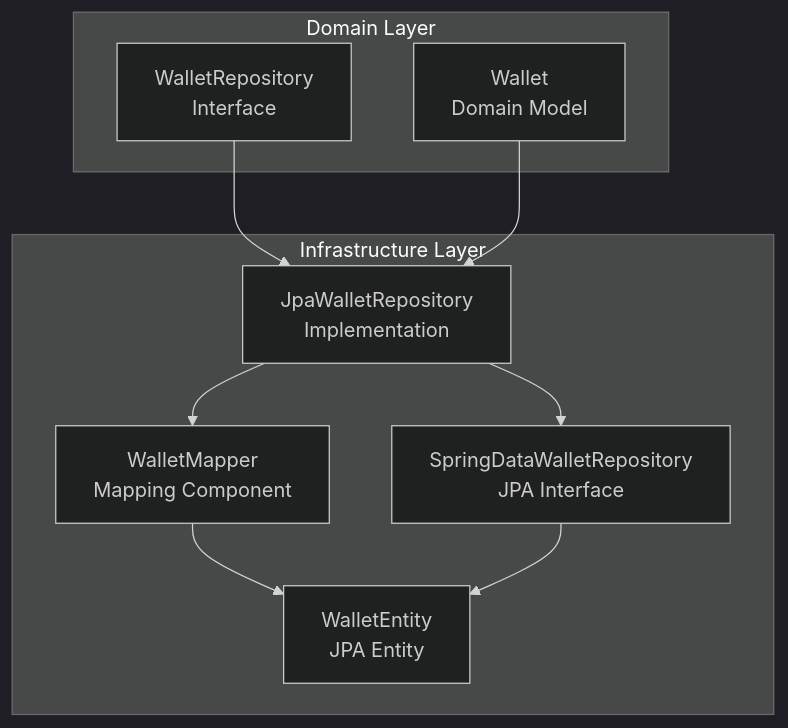
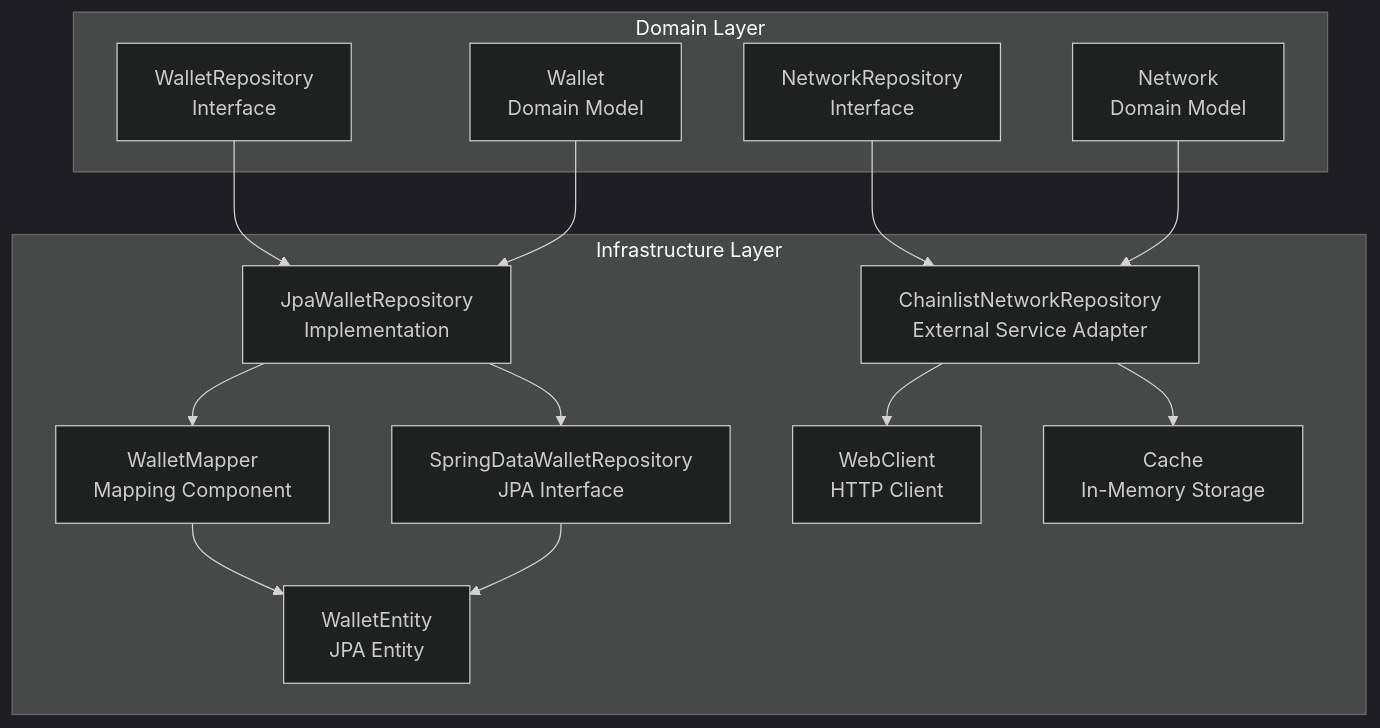
The first of 11 diagrams in .qoder/repowiki/en/content/Persistence Layer/Repository Pattern Implementation.md (italoag/wallet), drawn with Mermaid (dark theme) before and after one commit. The commit also changed other lines of this file and 10 other files, not shown here.

````diff
--- a/.qoder/repowiki/en/content/Persistence Layer/Repository Pattern Implementation.md
+++ b/.qoder/repowiki/en/content/Persistence Layer/Repository Pattern Implementation.md
@@ -43,19 +45,28 @@
 ```mermaid
 graph TB
 subgraph "Domain Layer"
 A[WalletRepository<br/>Interface]
 B[Wallet<br/>Domain Model]
+C[NetworkRepository<br/>Interface]
+D[Network<br/>Domain Model]
 end
 subgraph "Infrastructure Layer"
-C[JpaWalletRepository<br/>Implementation]
-D[SpringDataWalletRepository<br/>JPA Interface]
-E[WalletMapper<br/>Mapping Component]
-F[WalletEntity<br/>JPA Entity]
+E[JpaWalletRepository<br/>Implementation]
+F[SpringDataWalletRepository<br/>JPA Interface]
+G[WalletMapper<br/>Mapping Component]
+H[WalletEntity<br/>JPA Entity]
+I[ChainlistNetworkRepository<br/>External Service Adapter]
+J[WebClient<br/>HTTP Client]
+K[Cache<br/>In-Memory Storage]
 end
-A --> C
-B --> C
-C --> D
-C --> E
+A --> E
+B --> E
 E --> F
-D --> F
+E --> G
+G --> H
+F --> H
+C --> I
+D --> I
+I --> J
+I --> K
 ```
````
